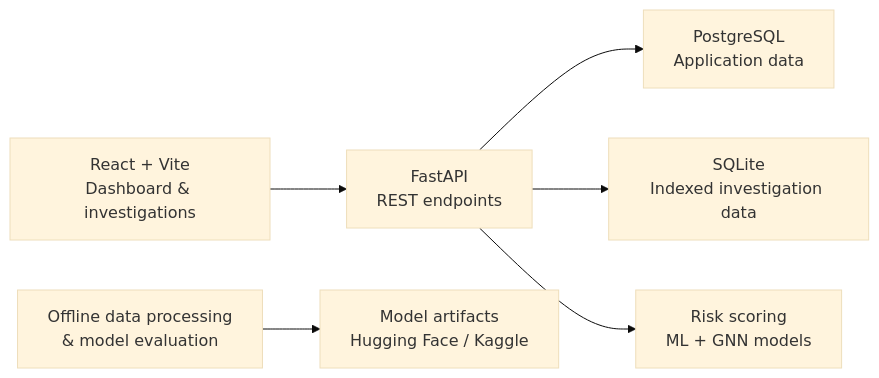
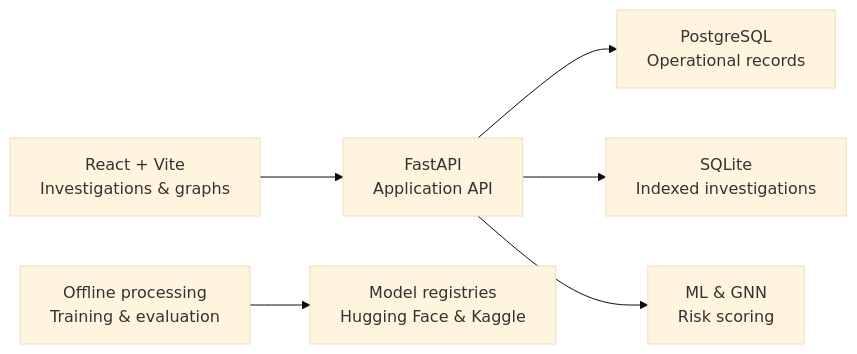
The diagram in README.md (AniketAgarwal-aa/AMLNet), drawn with Mermaid (base theme) before and after one commit. The commit also changed other lines of this file, not shown here.

Commit message:
docs(readme): simplify copy, use local badges, streamline models and licensing

````diff
--- a/README.md
+++ b/README.md
@@ -24,8 +34,8 @@
 ```mermaid
 flowchart LR
-    UI["React + Vite<br/>Dashboard & investigations"] --> API["FastAPI<br/>REST endpoints"]
-    API --> DB["PostgreSQL<br/>Application data"]
-    API --> IDX["SQLite<br/>Indexed investigation data"]
-    API --> ML["Risk scoring<br/>ML + GNN models"]
-    TRAIN["Offline data processing<br/>& model evaluation"] --> REG["Model artifacts<br/>Hugging Face / Kaggle"]
+    UI["React + Vite<br/>Investigations & graphs"] --> API["FastAPI<br/>Application API"]
+    API --> PG["PostgreSQL<br/>Operational records"]
+    API --> IDX["SQLite<br/>Indexed investigations"]
+    API --> INF["ML & GNN<br/>Risk scoring"]
+    PIPE["Offline processing<br/>Training & evaluation"] --> HUB["Model registries<br/>Hugging Face & Kaggle"]
 ```
````
